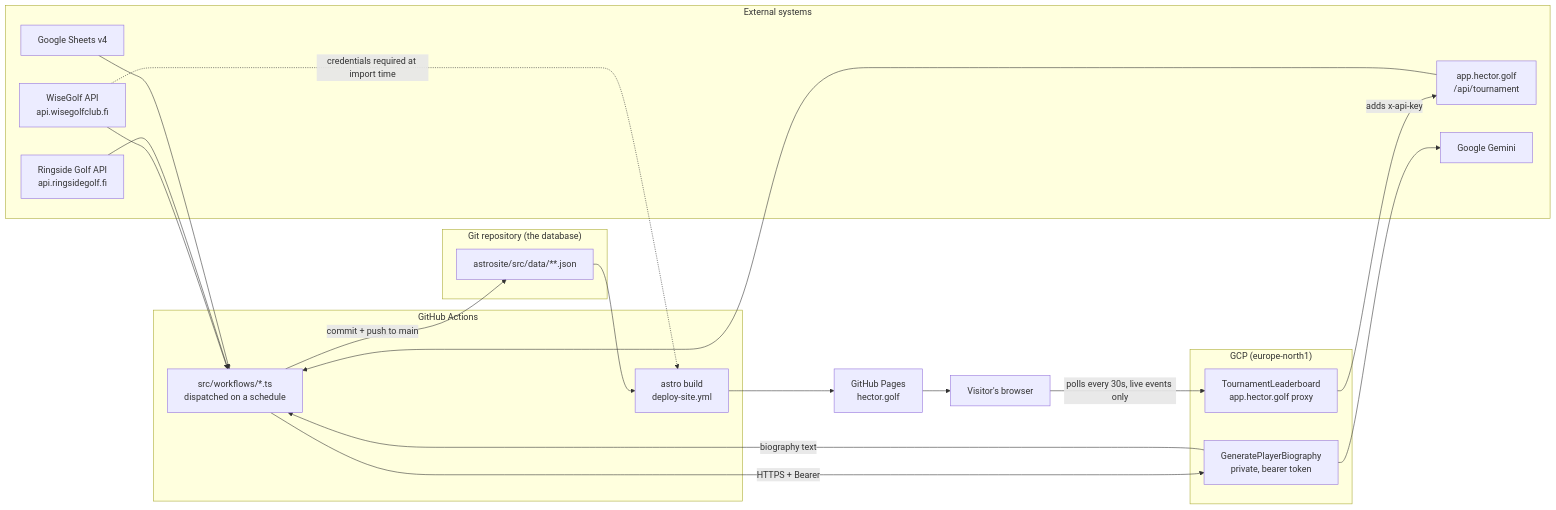
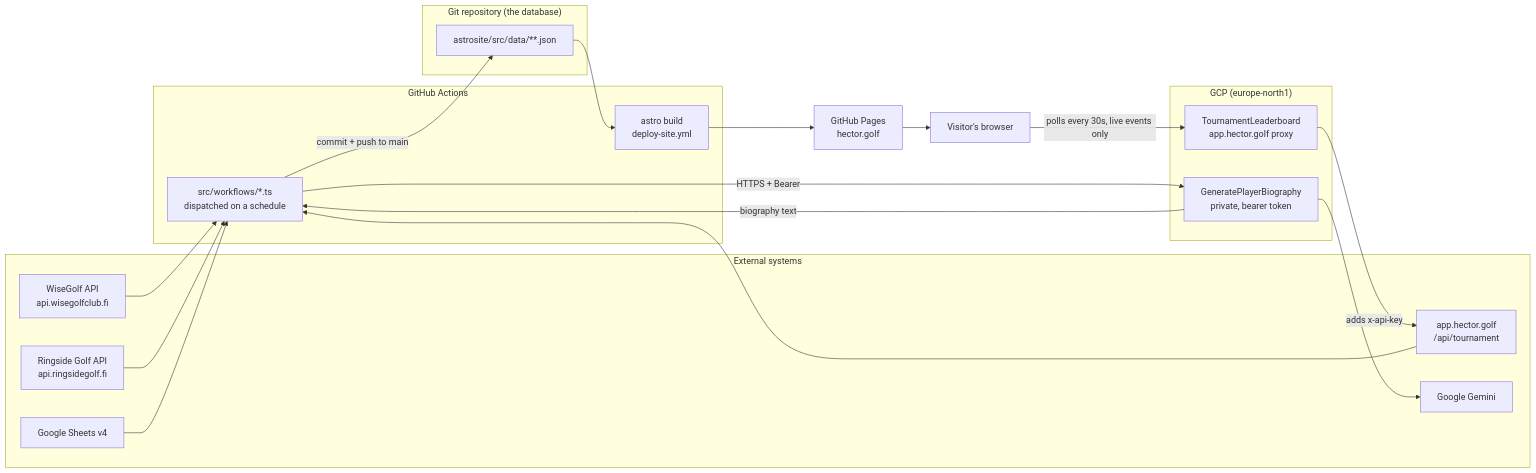
Before and after one commit to hectorgolf/hector.golf: the first of 2 diagrams in docs/current/architecture.md, drawn with Mermaid.

Commit message:
Drop the WiseGolf-to-build edge the diagram still draws (#209)
The architecture diagram has an edge `WG -.->|"credentials required at import
time"| BUILD`, which is wrong twice over now.

Credentials stopped being read at import time: `credentials()` in
`wisegolf-api.ts` resolves them per call, which the prose at ~576 has said
since #207.

And the build has no WiseGolf relationship left at all. #207 removed
`WISEGOLF_USERNAME` / `WISEGOLF_PASSWORD` from the `astro build` step in
`deploy-site.yml`, and #208 deleted `getPlayerHandicap` from
`astrosite/src/code/handicaps.ts` — the one export that could have reached a
live scrape from the render path. `createWisegolfSession` now appears only in
the three scraper scripts under `src/workflows/`.

So the edge is deleted rather than reworded: there is nothing left to draw
between WiseGolf and the build. `WG --> WF` stays, which is the real remaining
relationship.

Missed by #205 through #208 because all four edited prose sections and none
touched the Mermaid block 500 lines above them.

````diff
--- a/docs/current/architecture.md
+++ b/docs/current/architecture.md
@@ -32,42 +32,41 @@
 ```mermaid
 graph LR
     subgraph external["External systems"]
         WG["WiseGolf API<br/>api.wisegolfclub.fi"]
         RG["Ringside Golf API<br/>api.ringsidegolf.fi"]
         GS["Google Sheets v4"]
         APP["app.hector.golf<br/>/api/tournament"]
         GEM["Google Gemini"]
     end
 
     subgraph gcp["GCP (europe-north1)"]
         CF["GeneratePlayerBiography<br/>private, bearer token"]
         LBP["TournamentLeaderboard<br/>app.hector.golf proxy"]
     end
 
     subgraph gha["GitHub Actions"]
         WF["src/workflows/*.ts<br/>dispatched on a schedule"]
         BUILD["astro build<br/>deploy-site.yml"]
     end
 
     subgraph repo["Git repository (the database)"]
         DATA["astrosite/src/data/**.json"]
     end
 
     PAGES["GitHub Pages<br/>hector.golf"]
     BROWSER["Visitor's browser"]
 
     WG --> WF
     RG --> WF
     GS --> WF
     APP --> WF
     WF -->|"commit + push to main"| DATA
     WF -->|"HTTPS + Bearer"| CF
     CF --> GEM
     CF -->|"biography text"| WF
     DATA --> BUILD
-    WG -.->|"credentials required at import time"| BUILD
     BUILD --> PAGES
     PAGES --> BROWSER
     BROWSER -->|"polls every 30s, live events only"| LBP
     LBP -->|"adds x-api-key"| APP
 ```
````
